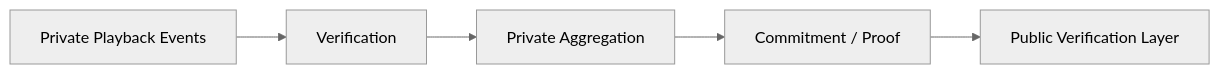
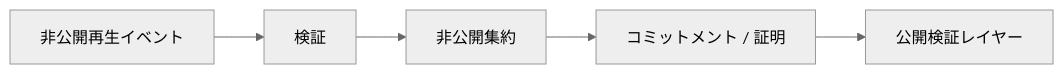
One commit to ShigeichiroYamasaki/creator-first-platform changed the second of 4 diagrams in docs/adr/ADR-0005-usage-oracle.md. Above: the diagram before and after it, drawn with Mermaid (neutral theme). The commit also changed other lines of this file and 72 other files, not shown here.

````diff
--- a/docs/adr/ADR-0005-usage-oracle.md
+++ b/docs/adr/ADR-0005-usage-oracle.md
@@ -281,10 +281,10 @@
 ```mermaid
 flowchart LR
-    PRIVATE[Private Playback Events]
-    VERIFY[Verification]
-    AGG[Private Aggregation]
-    COMMIT[Commitment / Proof]
-    PUBLIC[Public Verification Layer]
+    PRIVATE[非公開再生イベント]
+    VERIFY[検証]
+    AGG[非公開集約]
+    COMMIT[コミットメント / 証明]
+    PUBLIC[公開検証レイヤー]
 
     PRIVATE --> VERIFY --> AGG --> COMMIT --> PUBLIC
 ```
````
